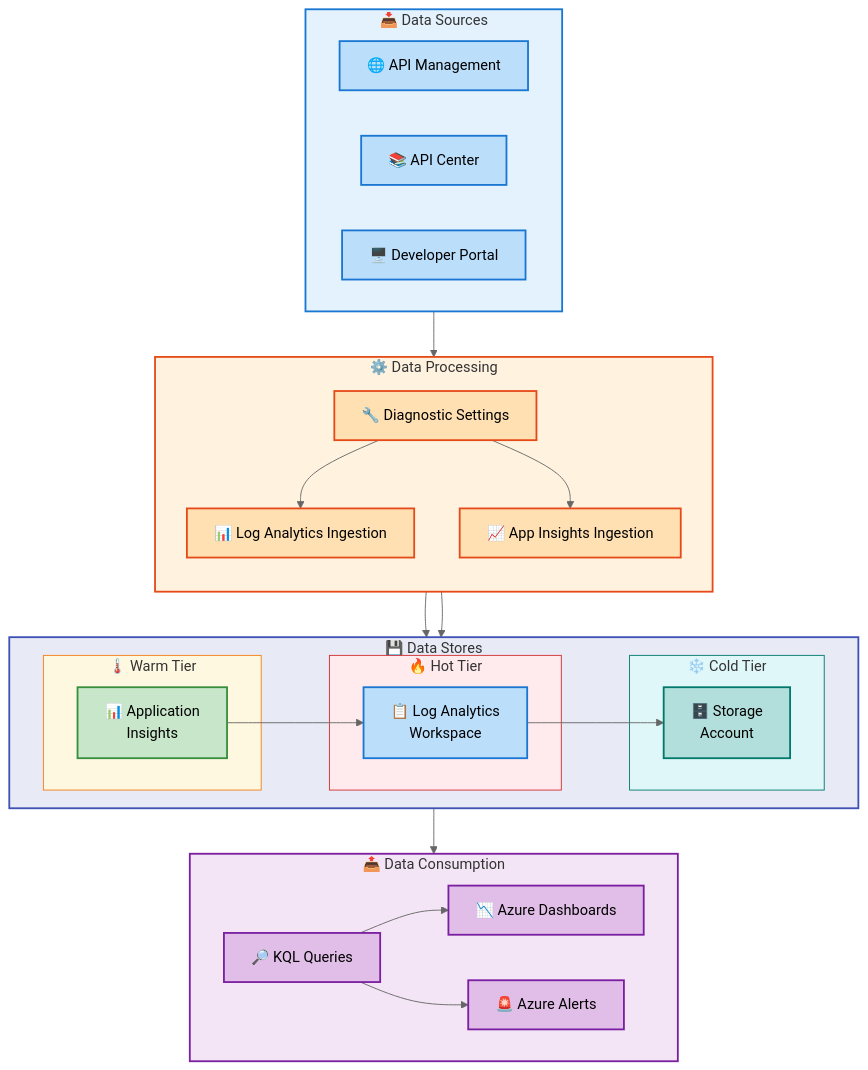
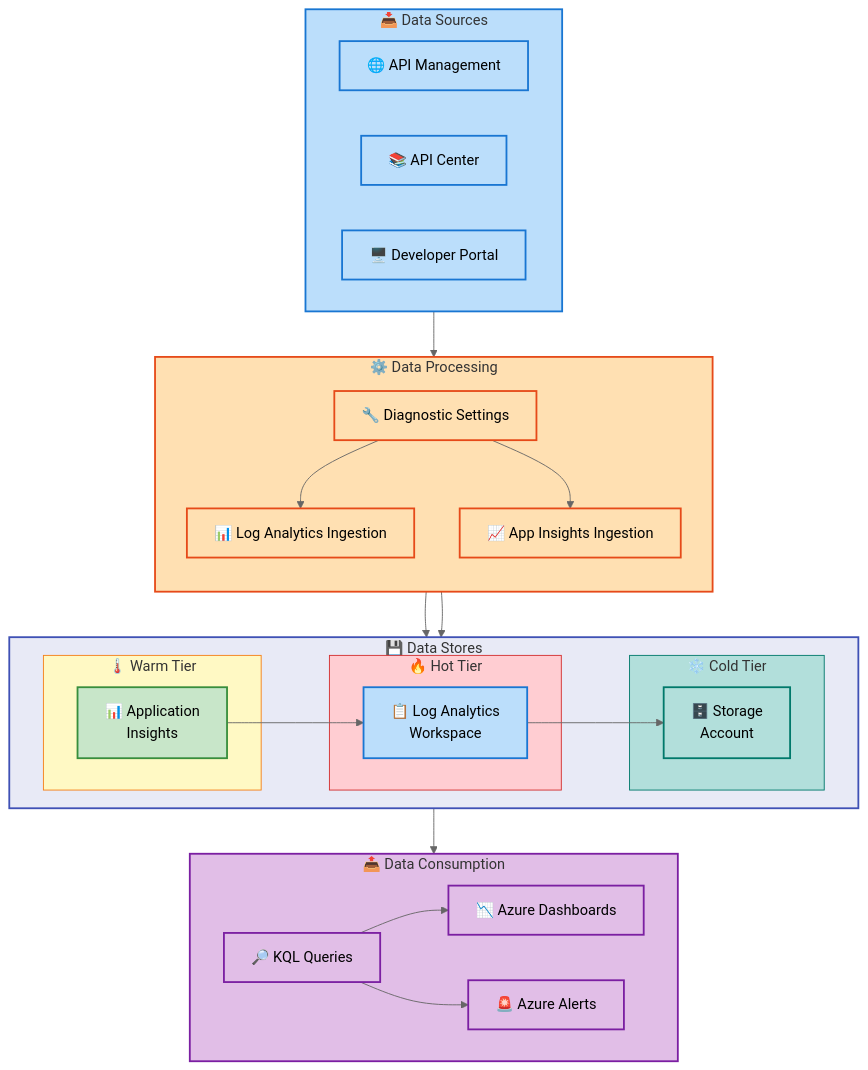
The second of 3 diagrams in docs/architecture/data-layer-architecture.md (Evilazaro/APIM-Accelerator), drawn with Mermaid (neutral theme) before and after one commit. The commit also changed other lines of this file, not shown here.

Commit message:
Update color styles in data layer architecture diagrams for improved clarity

````diff
--- a/docs/architecture/data-layer-architecture.md
+++ b/docs/architecture/data-layer-architecture.md
@@ -164,73 +164,73 @@
 ```mermaid
 flowchart TB
     accTitle: Current State Data Architecture Baseline
     accDescr: Shows the current implementation of data stores, flows, and integrations in the APIM Accelerator
 
     classDef level1Group fill:#E8EAF6,stroke:#3F51B5,stroke-width:3px,color:#000
     classDef level2Group fill:#C5CAE9,stroke:#3F51B5,stroke-width:2px,color:#000
     classDef level3Group fill:#9FA8DA,stroke:#3F51B5,stroke-width:2px,color:#000
     classDef level4Group fill:#5C6BC0,stroke:#3F51B5,stroke-width:1px,color:#fff
     classDef mainGroup fill:#E8EAF6,stroke:#3F51B5,stroke-width:3px,color:#000
     classDef subGroup fill:#C5CAE9,stroke:#3F51B5,stroke-width:2px,color:#000
     classDef mdBlue fill:#BBDEFB,stroke:#1976D2,stroke-width:2px,color:#000
     classDef mdGreen fill:#C8E6C9,stroke:#388E3C,stroke-width:2px,color:#000
     classDef mdRed fill:#FFCDD2,stroke:#D32F2F,stroke-width:2px,color:#000
     classDef mdYellow fill:#FFF9C4,stroke:#F57F17,stroke-width:2px,color:#000
     classDef mdOrange fill:#FFE0B2,stroke:#E64A19,stroke-width:2px,color:#000
     classDef mdPurple fill:#E1BEE7,stroke:#7B1FA2,stroke-width:2px,color:#000
     classDef mdTeal fill:#B2DFDB,stroke:#00796B,stroke-width:2px,color:#000
     classDef mdGrey fill:#F5F5F5,stroke:#616161,stroke-width:2px,color:#000
 
     subgraph sources["📥 Data Sources"]
         direction LR
         apim["🌐 API Management"]:::mdBlue
         apiCenter["📚 API Center"]:::mdBlue
         portal["🖥️ Developer Portal"]:::mdBlue
     end
 
     subgraph processing["⚙️ Data Processing"]
         direction TB
         diagSettings["🔧 Diagnostic Settings"]:::mdOrange
         ingestion["📊 Log Analytics Ingestion"]:::mdOrange
         aiIngestion["📈 App Insights Ingestion"]:::mdOrange
     end
 
     subgraph storage["💾 Data Stores"]
         direction LR
         subgraph hotTier["🔥 Hot Tier"]
             logAnalytics["📋 Log Analytics<br/>Workspace"]:::mdBlue
         end
         subgraph warmTier["🌡️ Warm Tier"]
             appInsights["📊 Application<br/>Insights"]:::mdGreen
         end
         subgraph coldTier["❄️ Cold Tier"]
             storageAcct["🗄️ Storage<br/>Account"]:::mdTeal
         end
     end
 
     subgraph consumption["📤 Data Consumption"]
         direction LR
         kql["🔎 KQL Queries"]:::mdPurple
         dashboards["📉 Azure Dashboards"]:::mdPurple
         alerts["🚨 Azure Alerts"]:::mdPurple
     end
 
     sources --> diagSettings
     diagSettings --> ingestion
     diagSettings --> aiIngestion
     ingestion --> logAnalytics
     aiIngestion --> appInsights
     logAnalytics --> storageAcct
     logAnalytics --> kql
     appInsights --> logAnalytics
     kql --> dashboards
     kql --> alerts
 
-    style sources fill:#E3F2FD,stroke:#1976D2,stroke-width:2px
-    style processing fill:#FFF3E0,stroke:#E64A19,stroke-width:2px
+    style sources fill:#BBDEFB,stroke:#1976D2,stroke-width:2px
+    style processing fill:#FFE0B2,stroke:#E64A19,stroke-width:2px
     style storage fill:#E8EAF6,stroke:#3F51B5,stroke-width:2px
-    style hotTier fill:#FFEBEE,stroke:#D32F2F,stroke-width:1px
-    style warmTier fill:#FFF8E1,stroke:#F57F17,stroke-width:1px
-    style coldTier fill:#E0F7FA,stroke:#00796B,stroke-width:1px
-    style consumption fill:#F3E5F5,stroke:#7B1FA2,stroke-width:2px
+    style hotTier fill:#FFCDD2,stroke:#D32F2F,stroke-width:1px
+    style warmTier fill:#FFF9C4,stroke:#F57F17,stroke-width:1px
+    style coldTier fill:#B2DFDB,stroke:#00796B,stroke-width:1px
+    style consumption fill:#E1BEE7,stroke:#7B1FA2,stroke-width:2px
 ```
````
